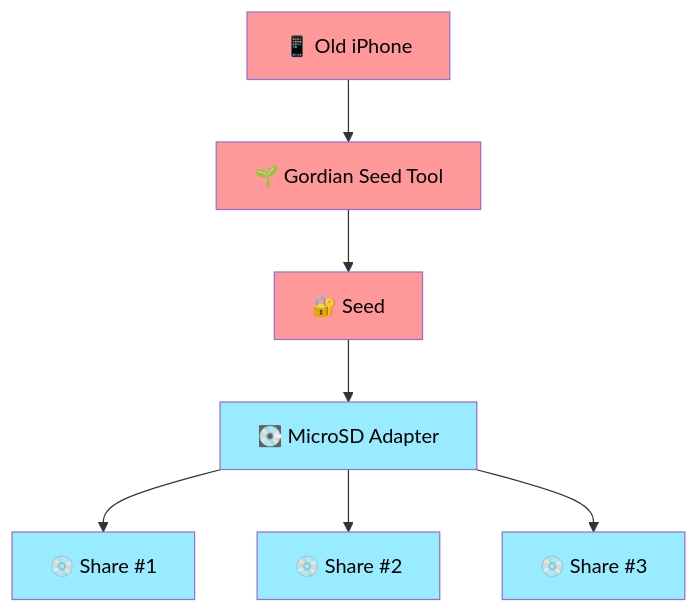
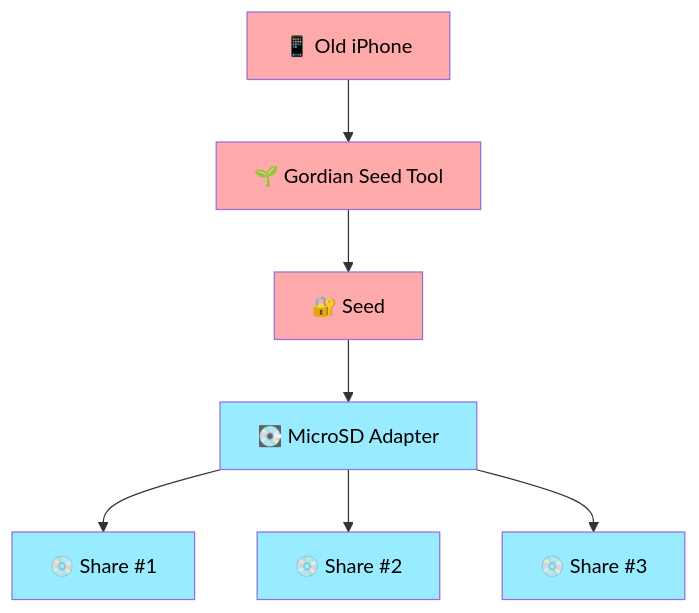
Before and after one commit to BlockchainCommons/SmartCustody: diagram 11 of 27 in Docs/Scenario-Multisig.md, drawn with Mermaid. The commit also changed other lines of this file, not shown here.

````diff
--- a/Docs/Scenario-Multisig.md
+++ b/Docs/Scenario-Multisig.md
@@ -402,24 +402,24 @@
 ```mermaid
     graph TD;
     A["📱 Old iPhone"]
     B["🌱 Gordian Seed Tool"]
     C["🔐 Seed"]
     H["💽 MicroSD Adapter"]
     I["💿 Share #1"]
     J["💿 Share #2"]
     K["💿 Share #3"]
     
     A-->B-->C
     C-->H
     H-->I
     H-->J
     H-->K
   
-style A color:#000,fill:#ff9999;
-style B color:#000,fill:#ff9999;
-style C color:#000,fill:#ff9999;
+style A color:#000,fill:#ffaaaa;
+style B color:#000,fill:#ffaaaa;
+style C color:#000,fill:#ffaaaa;
 style H color:#000,fill:#99ebff;
 style I color:#000,fill:#99ebff;
 style J color:#000,fill:#99ebff;
 style K color:#000,fill:#99ebff;
 ```
````
